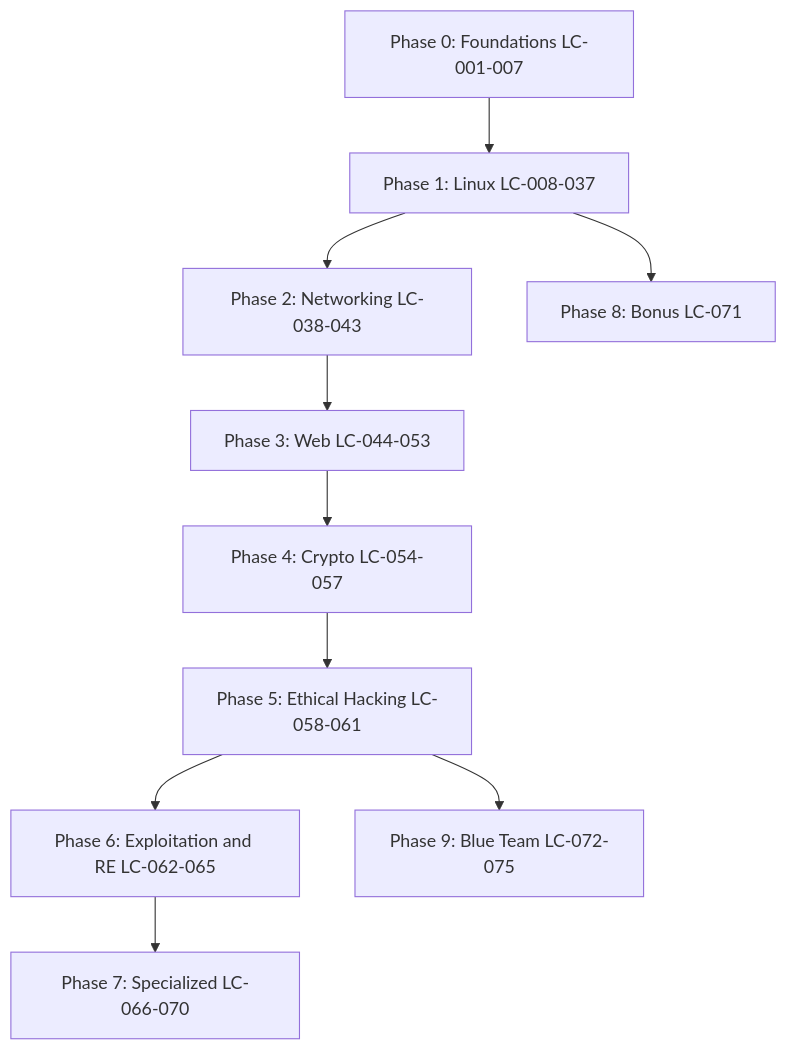
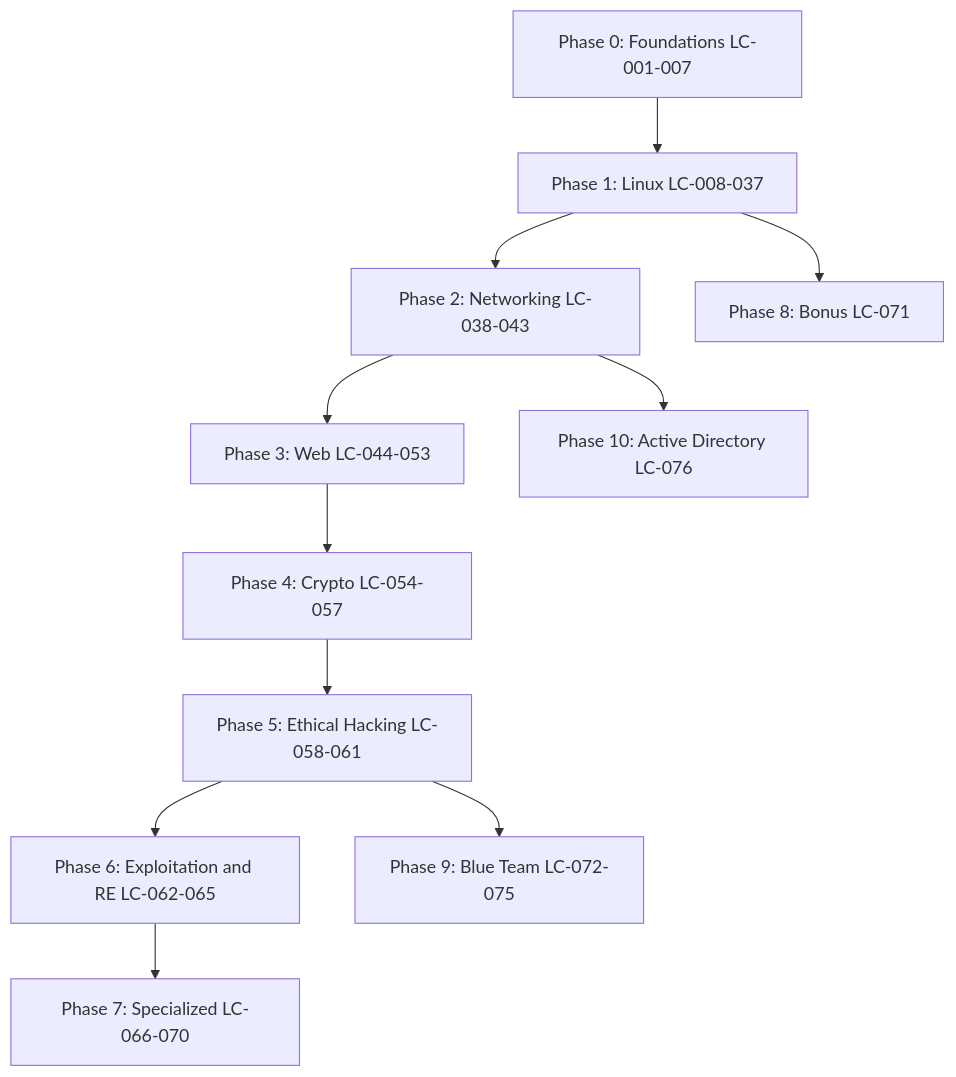
One commit to Kodokthegr3at/Zero2Root changed the diagram in ROADMAP.md. Above: the diagram before and after it, drawn with Mermaid. The commit also changed other lines of this file and 16 other files, not shown here.

Commit message:
Add LC-076 Active Directory Fundamentals (id/en/ja) as Phase 10

````diff
--- a/ROADMAP.md
+++ b/ROADMAP.md
@@ -21,12 +21,13 @@
 ```mermaid
 flowchart TD
     P0[Phase 0: Foundations LC-001-007] --> P1[Phase 1: Linux LC-008-037]
     P1 --> P2[Phase 2: Networking LC-038-043]
     P2 --> P3[Phase 3: Web LC-044-053]
     P3 --> P4[Phase 4: Crypto LC-054-057]
     P4 --> P5[Phase 5: Ethical Hacking LC-058-061]
     P5 --> P6[Phase 6: Exploitation and RE LC-062-065]
     P6 --> P7[Phase 7: Specialized LC-066-070]
     P1 --> P8[Phase 8: Bonus LC-071]
     P5 --> P9[Phase 9: Blue Team LC-072-075]
+    P2 --> P10[Phase 10: Active Directory LC-076]
 ```
````
